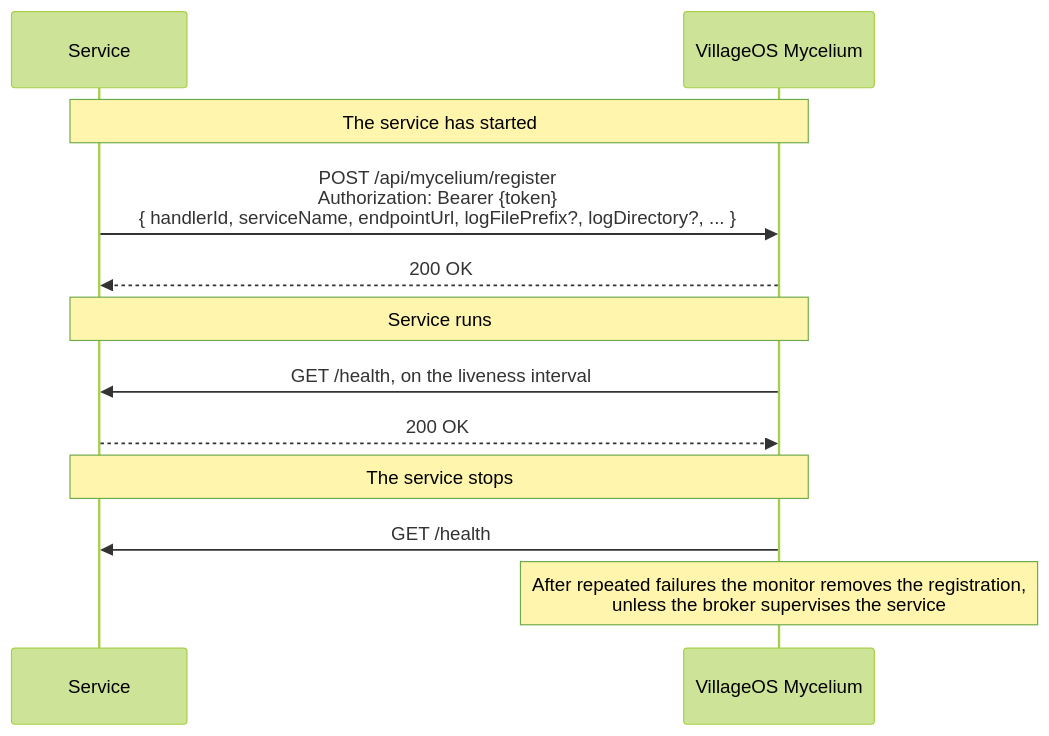
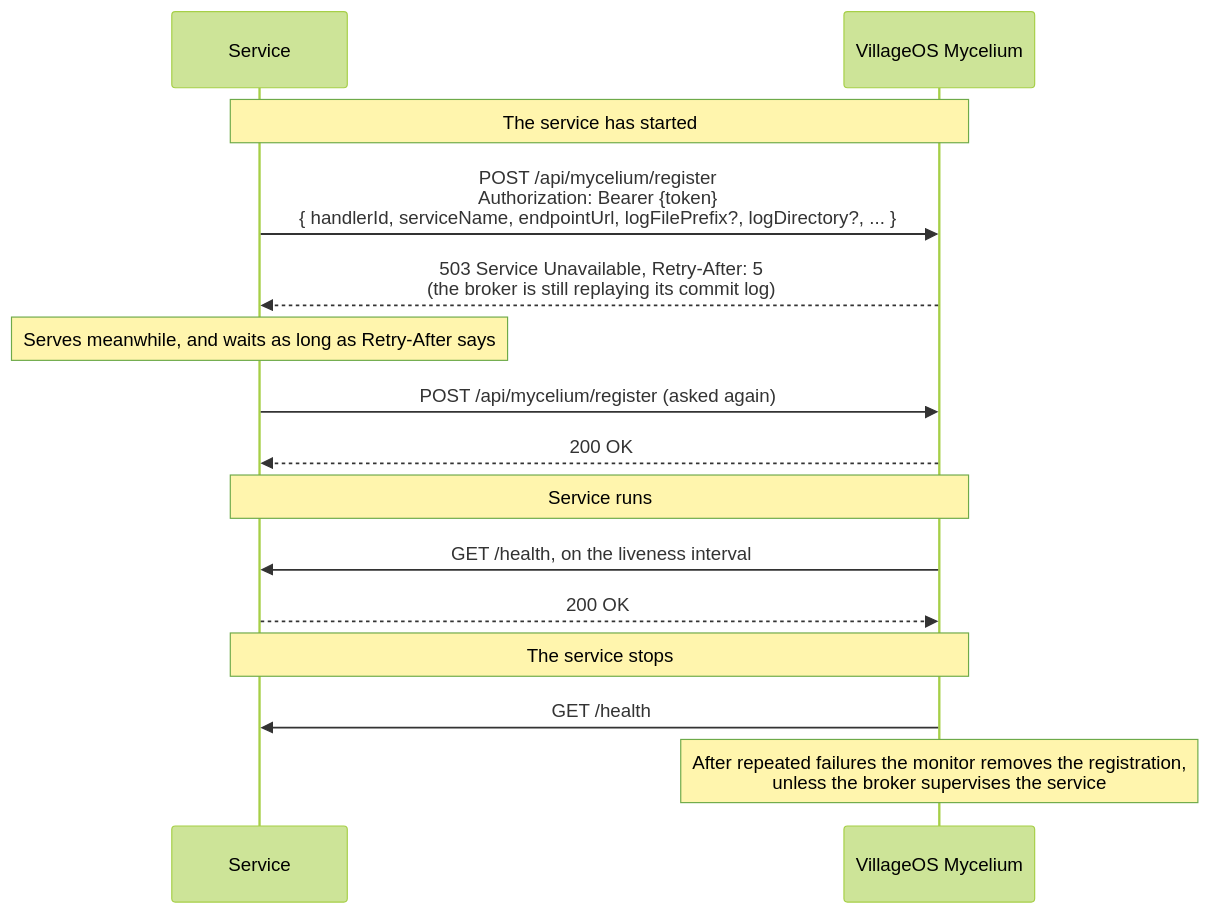
Before and after one commit to ReGen-Villages/VillageOS-API: the first of 3 diagrams in docs/SERVICES.md, drawn with Mermaid (forest theme). The commit also changed other lines of this file and 1 other file, not shown here.

Commit message:
A registration that is not taken is asked again, as SERVICES and SERVICE_CONTRACT now say (AB#8601)

````diff
--- a/docs/SERVICES.md
+++ b/docs/SERVICES.md
@@ -286,17 +298,20 @@
 ```mermaid
 sequenceDiagram
     participant MS as Service
     participant B  as VillageOS Mycelium
 
     Note over MS,B: The service has started
     MS->>B: POST /api/mycelium/register<br/>Authorization: Bearer {token}<br/>{ handlerId, serviceName, endpointUrl, logFilePrefix?, logDirectory?, ... }
+    B-->>MS: 503 Service Unavailable, Retry-After: 5<br/>(the broker is still replaying its commit log)
+    Note over MS: Serves meanwhile, and waits as long as Retry-After says
+    MS->>B: POST /api/mycelium/register (asked again)
     B-->>MS: 200 OK
 
     Note over MS,B: Service runs
     B->>MS: GET /health, on the liveness interval
     MS-->>B: 200 OK
 
     Note over MS,B: The service stops
     B->>MS: GET /health
     Note over B: After repeated failures the monitor removes the registration,<br/>unless the broker supervises the service
 ```
````
